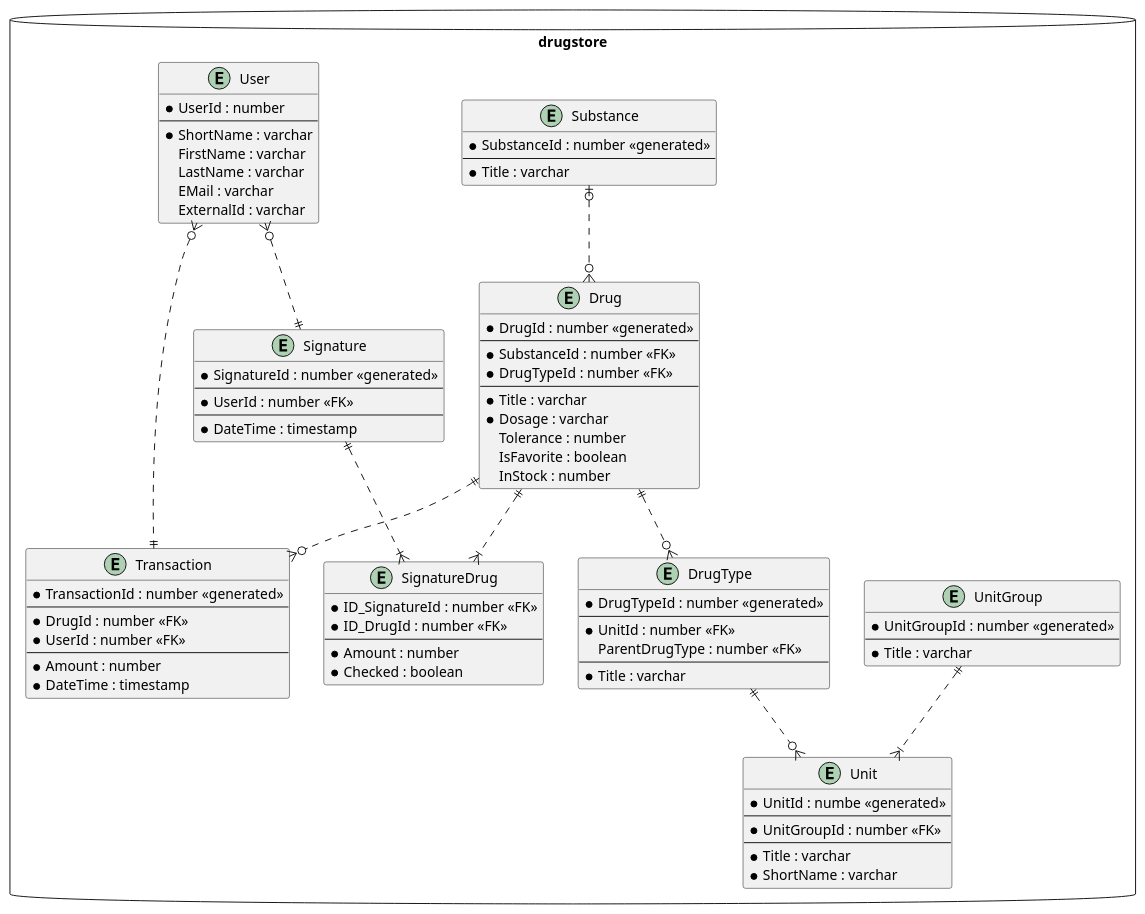
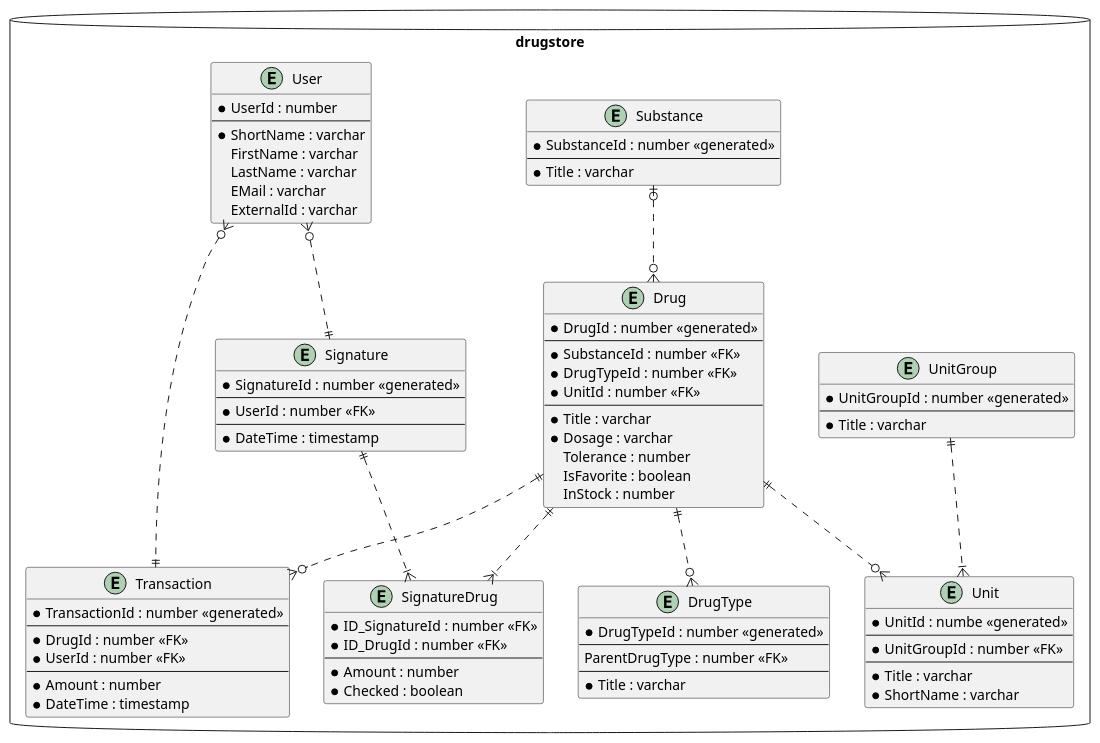
Before and after one commit to lucahost/drugstore: the diagram in docs/data-model/00_overview.plantuml, drawn with PlantUML. The commit also changed 58 other files, not shown here.

```diff
--- a/docs/data-model/00_overview.plantuml
+++ b/docs/data-model/00_overview.plantuml
@@ -1,129 +1,129 @@
 @startuml data-model-overview
 
 database drugstore {
 
   entity UnitGroup {
     * UnitGroupId : number <<generated>>
     --
     * Title : varchar
   }
 
   entity Unit {
     * UnitId : numbe <<generated>>
     --
     * UnitGroupId : number <<FK>>
     --
     * Title : varchar
     * ShortName : varchar
   }
 
   entity DrugType {
     * DrugTypeId : number <<generated>>
     --
-    * UnitId : number <<FK>>
     ParentDrugType : number <<FK>>
     --
     * Title : varchar
   }
 
 
   entity Substance {
     * SubstanceId : number <<generated>>
     --
     * Title : varchar
   }
 
   entity Drug {
     * DrugId : number <<generated>>
     --
     * SubstanceId : number <<FK>>
     * DrugTypeId : number <<FK>>
+    * UnitId : number <<FK>>
     --
     * Title : varchar
     * Dosage : varchar
     Tolerance : number
     IsFavorite : boolean
     InStock : number
   }
 
   entity Transaction {
     * TransactionId : number <<generated>>
     --
     * DrugId : number <<FK>>
     * UserId : number <<FK>>
     --
     * Amount : number
     * DateTime : timestamp
   }
 
   ' Stock-Control creates a new signature
   entity Signature {
     * SignatureId : number <<generated>>
     --
     * UserId : number <<FK>>
     --
     * DateTime : timestamp
   }
 
   ' Need a better name for this one
   ' Items at stock when signature is created
   entity SignatureDrug {
     * ID_SignatureId : number <<FK>>
     * ID_DrugId : number <<FK>>
     --
     * Amount : number
     * Checked : boolean
   }
 
   entity User {
     * UserId : number
     --
     * ShortName : varchar
     FirstName : varchar
     LastName : varchar
     EMail : varchar
     ExternalId : varchar
   }
 
 }
 
 ' One UnitGroup can have one or many Units
 UnitGroup ||..|{ Unit
 
 ' One DrugType has one Unit
 ' One Unit has zero or many DrugTypes
-DrugType ||..o{ Unit
+Drug ||..o{ Unit
 
 
 ' One Drug has zero or one Substance
 ' One Substance has zero or many Drugs
 Substance |o..o{ Drug
 
 
 ' One Drug has one DrugType
 ' One DrugType can occur in zero or many Drugs
 Drug ||..o{ DrugType
 
 ' One Drugs can be in zero or many transactions
 ' One Transaction has one Drug
 Drug ||..o{ Transaction
 
 ' One User can have zero or many transactions
 ' One Transaction has one User
 User }o..|| Transaction
 
 
 ' One User as zero or many Signatures
 ' One Signaure has one User
 User }o..|| Signature
 
 ' One Signature has one or many SignatureDrug
 ' One SigantureDrug has one Signature
 Signature ||..|{ SignatureDrug
 
 ' One Drug has zero or many SignatureDrug
 ' One SignatureDrug has one Drug
 Drug ||..|{ SignatureDrug
 
 
 @enduml
```
